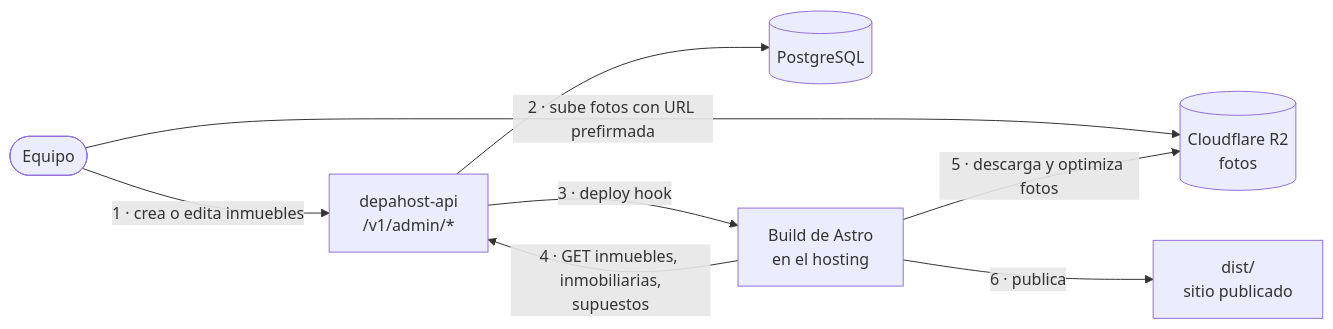
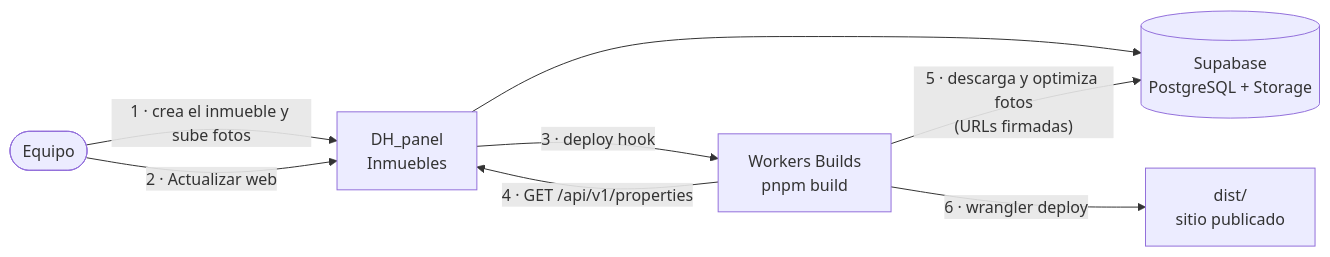
One commit to samirharrytl/DHC_landing changed the second of 4 diagrams in docs/plataforma/01-arquitectura.md. Above: the diagram before and after it, drawn with Mermaid. The commit also changed other lines of this file and 94 other files, not shown here.

````diff
--- a/docs/plataforma/01-arquitectura.md
+++ b/docs/plataforma/01-arquitectura.md
@@ -52,17 +48,16 @@
 ```mermaid
 flowchart LR
     EQ(["Equipo"])
-    API["depahost-api<br/>/v1/admin/*"]
-    PG[("PostgreSQL")]
-    R2[("Cloudflare R2<br/>fotos")]
-    BUILD["Build de Astro<br/>en el hosting"]
+    PAN["DH_panel<br/>Inmuebles"]
+    SB[("Supabase<br/>PostgreSQL + Storage")]
+    BUILD["Workers Builds<br/>pnpm build"]
     DIST["dist/<br/>sitio publicado"]
 
-    EQ -- "1 · crea o edita inmuebles" --> API
-    API --> PG
-    EQ -- "2 · sube fotos con URL prefirmada" --> R2
-    API -- "3 · deploy hook" --> BUILD
-    BUILD -- "4 · GET inmuebles, inmobiliarias,<br/>supuestos" --> API
-    BUILD -- "5 · descarga y optimiza fotos" --> R2
-    BUILD -- "6 · publica" --> DIST
+    EQ -- "1 · crea el inmueble y sube fotos" --> PAN
+    PAN --> SB
+    EQ -- "2 · Actualizar web" --> PAN
+    PAN -- "3 · deploy hook" --> BUILD
+    BUILD -- "4 · GET /api/v1/properties" --> PAN
+    BUILD -- "5 · descarga y optimiza fotos<br/>(URLs firmadas)" --> SB
+    BUILD -- "6 · wrangler deploy" --> DIST
 ```
````
